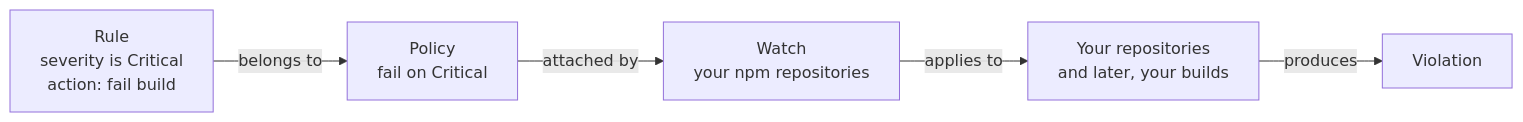
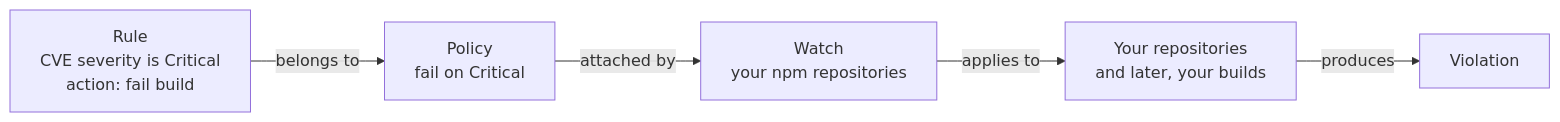
The diagram in labs/03-xray/README.md (MarkWme/jfrog-foundations), drawn with Mermaid before and after one commit. The commit also changed other lines of this file and 14 other files, not shown here.

````diff
--- a/labs/03-xray/README.md
+++ b/labs/03-xray/README.md
@@ -33,13 +33,13 @@
 ```mermaid
 graph LR
     Policy["Policy<br/>fail on Critical"]
-    Rule["Rule<br/>severity is Critical<br/>action: fail build"]
+    Rule["Rule<br/>CVE severity is Critical<br/>action: fail build"]
     Watch["Watch<br/>your npm repositories"]
     Target["Your repositories<br/>and later, your builds"]
     Violation["Violation"]
 
     Rule -->|"belongs to"| Policy
     Policy -->|"attached by"| Watch
     Watch -->|"applies to"| Target
     Target -->|"produces"| Violation
 ```
````
